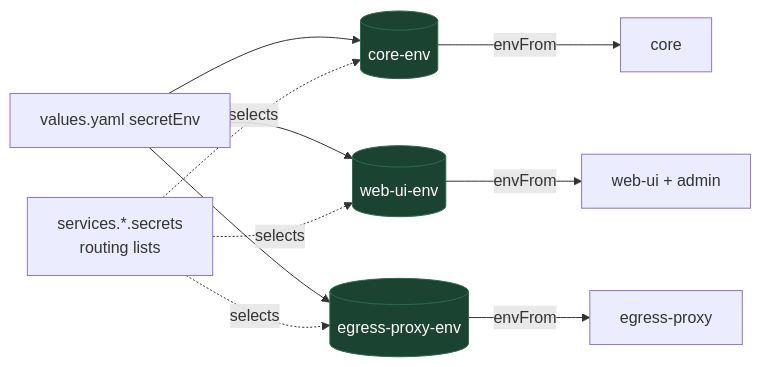
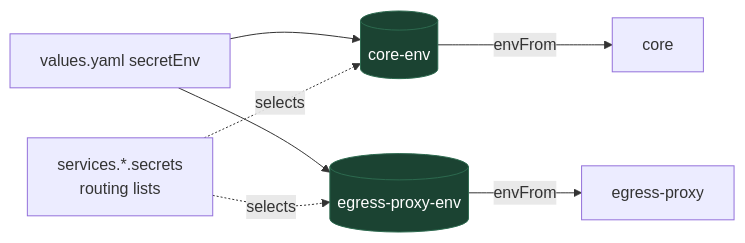
One commit to agentsky/qm changed the second of 2 diagrams in docs/helm-per-service-secrets.md. Above: the diagram before and after it, drawn with Mermaid. The commit also changed other lines of this file and 417 other files, not shown here.

First line of the commit message:
Remove the web-ui and admin plugins

````diff
--- a/docs/helm-per-service-secrets.md
+++ b/docs/helm-per-service-secrets.md
@@ -250,24 +225,19 @@
 ```mermaid
 graph LR
   V["values.yaml secretEnv"]
   R["services.*.secrets<br/>routing lists"]
   SC[("core-env")]
-  SW[("web-ui-env")]
   SE[("egress-proxy-env")]
   Core["core"]
-  Web["web-ui + admin"]
   Egress["egress-proxy"]
 
   V --> SC
-  V --> SW
   V --> SE
   R -. selects .-> SC
-  R -. selects .-> SW
   R -. selects .-> SE
   SC -->|"envFrom"| Core
-  SW -->|"envFrom"| Web
   SE -->|"envFrom"| Egress
 
   classDef good fill:#1b4332,stroke:#2d6a4f,color:#fff
-  class SC,SW,SE good
+  class SC,SE good
 ```
````
